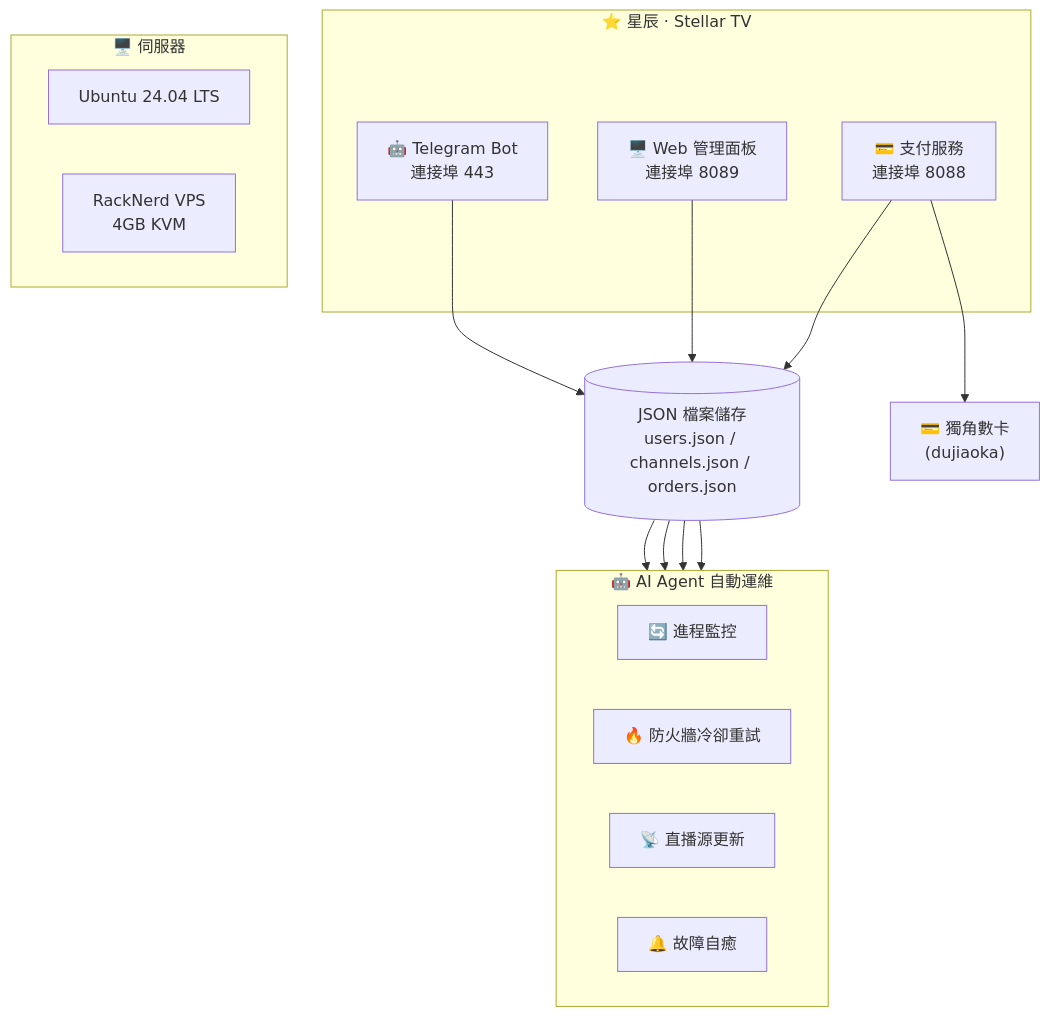
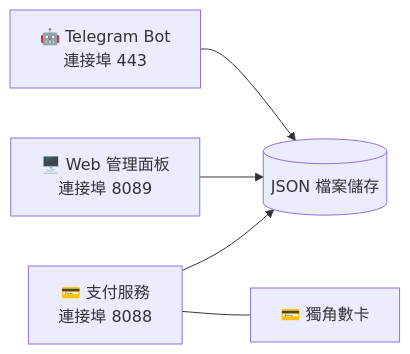
The diagram in README_TW.md (xkmuzili/starchen-iptv), drawn with Mermaid before and after one commit. The commit also changed other lines of this file and 4 other files, not shown here.

Commit message:
🎨 精简README排版：简化架构图、移除前台面板引用、精简项目数据

````diff
--- a/README_TW.md
+++ b/README_TW.md
@@ -130,33 +130,12 @@
 ```mermaid
-graph TB
-    subgraph StellarTV["⭐ 星辰 · Stellar TV"]
-        Bot["🤖 Telegram Bot<br/>連接埠 443"]
-        Web["🖥️ Web 管理面板<br/>連接埠 8089"]
-        Pay["💳 支付服務<br/>連接埠 8088"]
-    end
+graph LR
+    Bot["🤖 Telegram Bot<br/>連接埠 443"]
+    Web["🖥️ Web 管理面板<br/>連接埠 8089"]
+    Pay["💳 支付服務<br/>連接埠 8088"]
+    DB[("JSON 檔案儲存")]
+    Pay --- PG["💳 獨角數卡"]
 
-    Bot --> DB[("JSON 檔案儲存<br/>users.json / channels.json / orders.json")]
+    Bot --> DB
     Web --> DB
     Pay --> DB
-
-    Pay --> PG["💳 獨角數卡<br/>(dujiaoka)"]
-
-    subgraph Server["🖥️ 伺服器"]
-        direction LR
-        OS["Ubuntu 24.04 LTS"]
-        VPS["RackNerd VPS<br/>4GB KVM"]
-    end
-
-    subgraph AIAgent["🤖 AI Agent 自動運維"]
-        direction LR
-        E["🔄 進程監控"]
-        F["🔥 防火牆冷卻重試"]
-        G["📡 直播源更新"]
-        H["🔔 故障自癒"]
-    end
-
-    DB --> E
-    DB --> F
-    DB --> G
-    DB --> H
 ```
````
